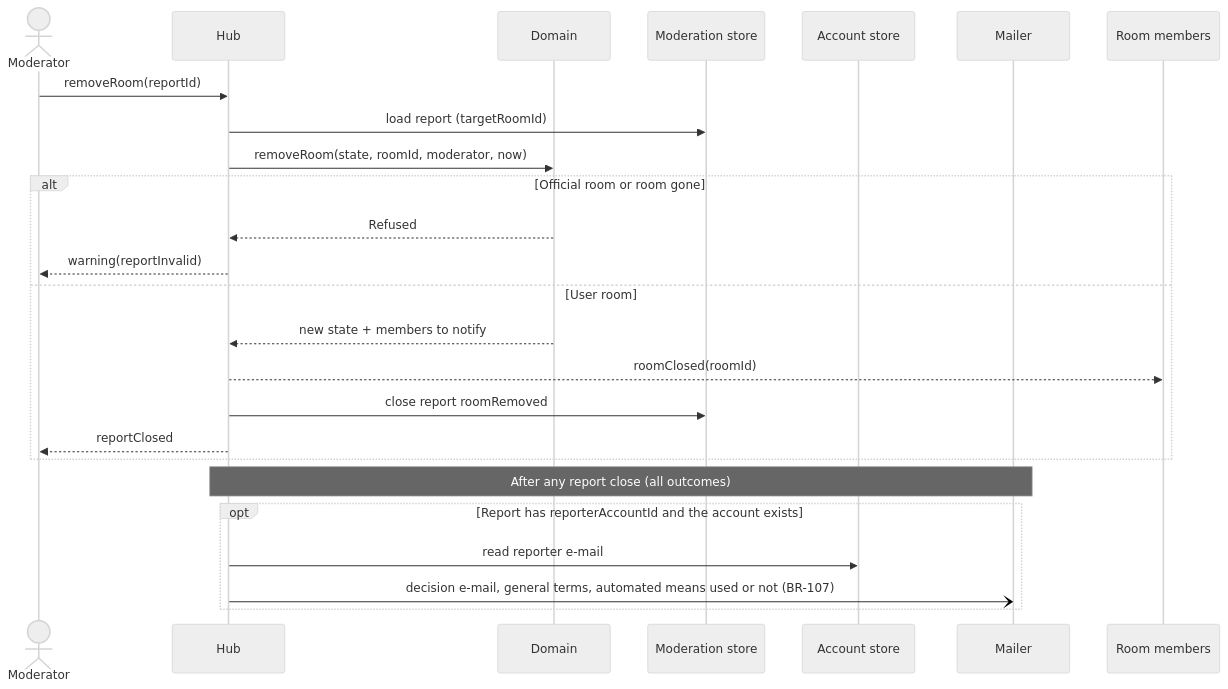
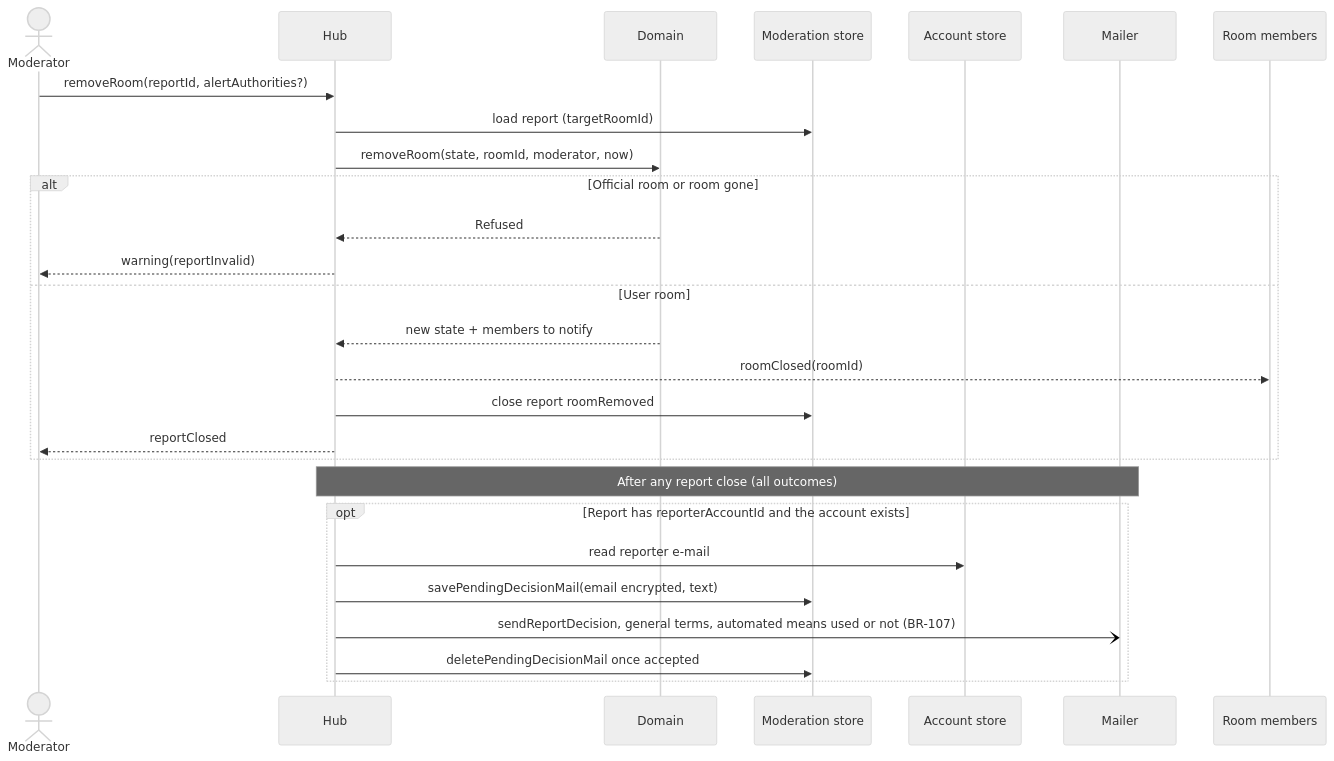
One commit to benoit-bremaud/asv changed the diagram in docs/architecture/diagrams/moderation/02i-sequence-room-removal-and-decision-mail.md. Above: the diagram before and after it, drawn with Mermaid (neutral theme). The commit also changed other lines of this file and 22 other files, not shown here.

````diff
--- a/docs/architecture/diagrams/moderation/02i-sequence-room-removal-and-decision-mail.md
+++ b/docs/architecture/diagrams/moderation/02i-sequence-room-removal-and-decision-mail.md
@@ -13,27 +13,29 @@
 ```mermaid
 sequenceDiagram
   actor M as Moderator
   participant H as Hub
   participant D as Domain
   participant ST as Moderation store
   participant AS as Account store
   participant ML as Mailer
   participant R as Room members
-  M->>H: removeRoom(reportId)
+  M->>H: removeRoom(reportId, alertAuthorities?)
   H->>ST: load report (targetRoomId)
   H->>D: removeRoom(state, roomId, moderator, now)
   alt Official room or room gone
     D-->>H: Refused
     H-->>M: warning(reportInvalid)
   else User room
     D-->>H: new state + members to notify
     H-->>R: roomClosed(roomId)
     H->>ST: close report roomRemoved
     H-->>M: reportClosed
   end
   Note over H,ML: After any report close (all outcomes)
   opt Report has reporterAccountId and the account exists
     H->>AS: read reporter e-mail
-    H-)ML: decision e-mail, general terms, automated means used or not (BR-107)
+    H->>ST: savePendingDecisionMail(email encrypted, text)
+    H-)ML: sendReportDecision, general terms, automated means used or not (BR-107)
+    H->>ST: deletePendingDecisionMail once accepted
   end
 ```
````
